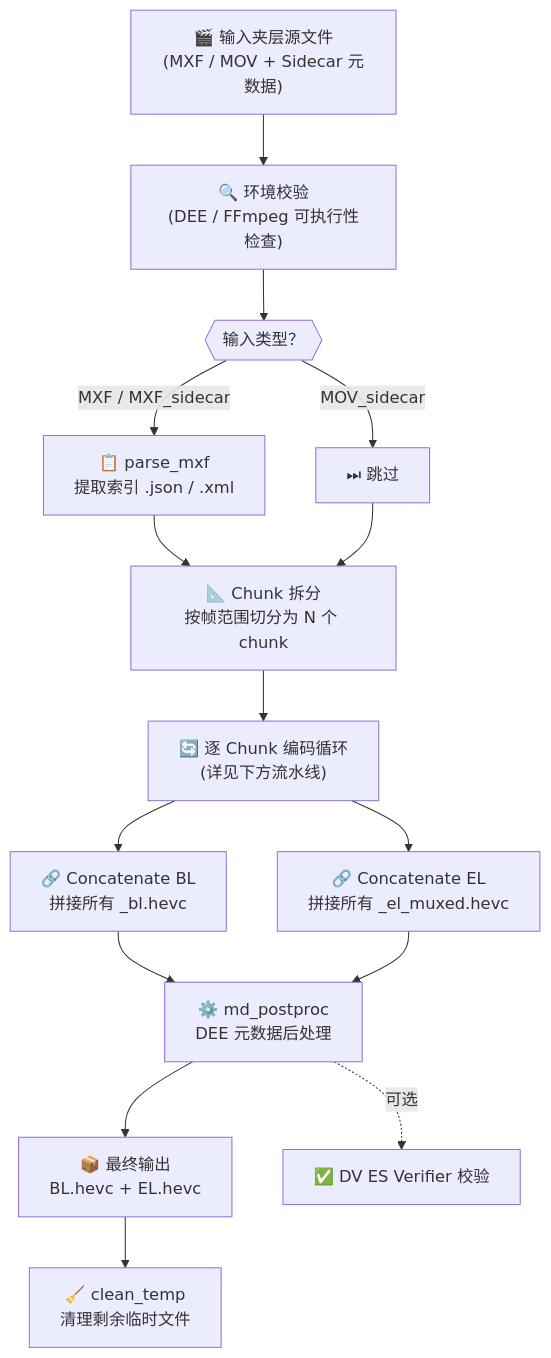
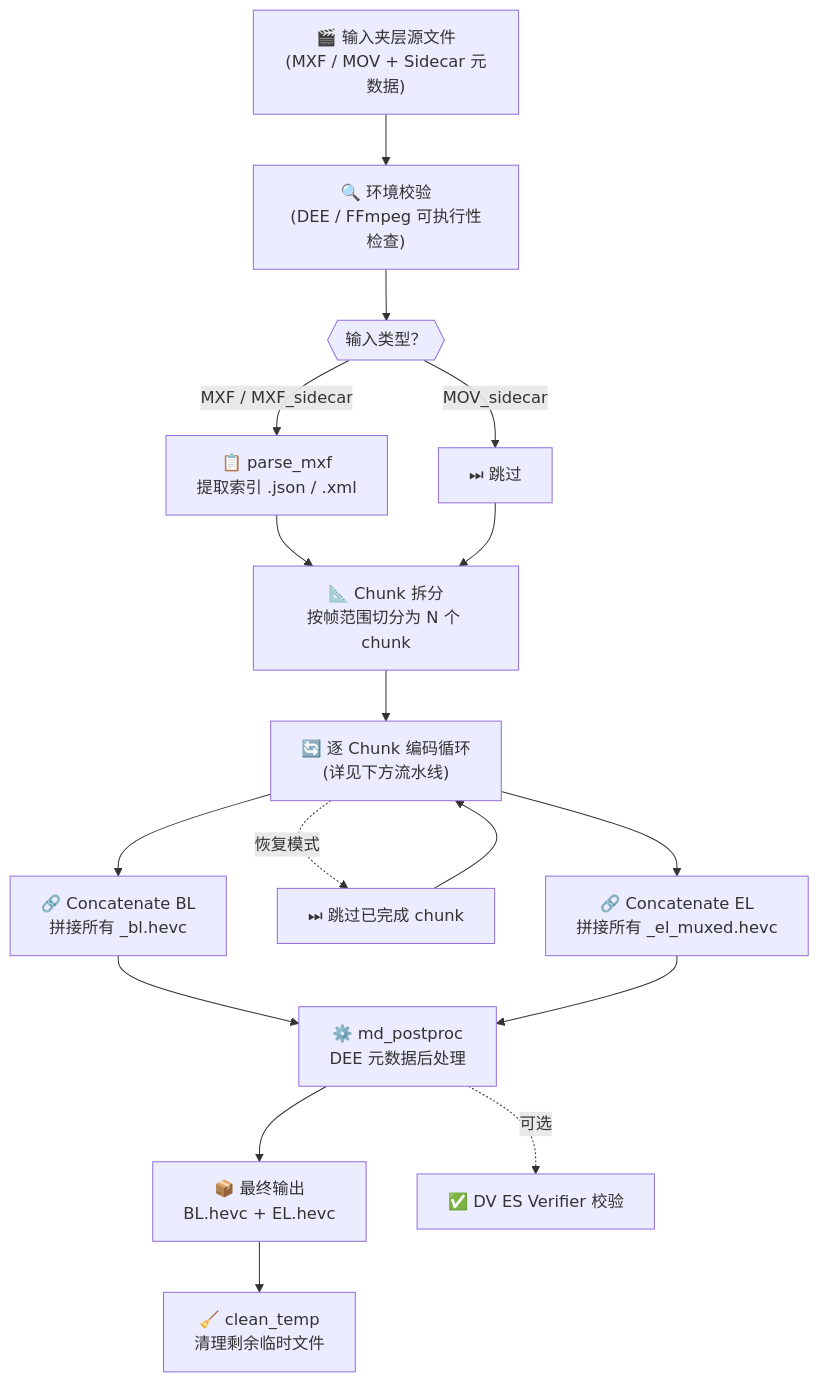
One commit to LumaVistaLab/DEE_Workflow changed the first of 5 diagrams in README.md. Above: the diagram before and after it, drawn with Mermaid. The commit also changed other lines of this file and 10 other files, not shown here.

````diff
--- a/README.md
+++ b/README.md
@@ -66,19 +68,21 @@
 ```mermaid
 flowchart TD
     A["🎬 输入夹层源文件\n(MXF / MOV + Sidecar 元数据)"] --> B["🔍 环境校验\n(DEE / FFmpeg 可执行性检查)"]
     B --> C{{"输入类型？"}}
     C -->|"MXF / MXF_sidecar"| D["📋 parse_mxf\n提取索引 .json / .xml"]
     C -->|"MOV_sidecar"| E["⏭ 跳过"]
     D --> F
     E --> F
 
     F["📐 Chunk 拆分\n按帧范围切分为 N 个 chunk"] --> G["🔄 逐 Chunk 编码循环\n(详见下方流水线)"]
 
     G --> H["🔗 Concatenate BL\n拼接所有 _bl.hevc"]
+    G -.->|"恢复模式"| G2["⏭ 跳过已完成 chunk"]
+    G2 --> G
     G --> I["🔗 Concatenate EL\n拼接所有 _el_muxed.hevc"]
     H --> J["⚙️ md_postproc\nDEE 元数据后处理"]
     I --> J
     J --> K["📦 最终输出\nBL.hevc + EL.hevc"]
     J -.->|"可选"| L["✅ DV ES Verifier 校验"]
     K --> M["🧹 clean_temp\n清理剩余临时文件"]
 ```
````
